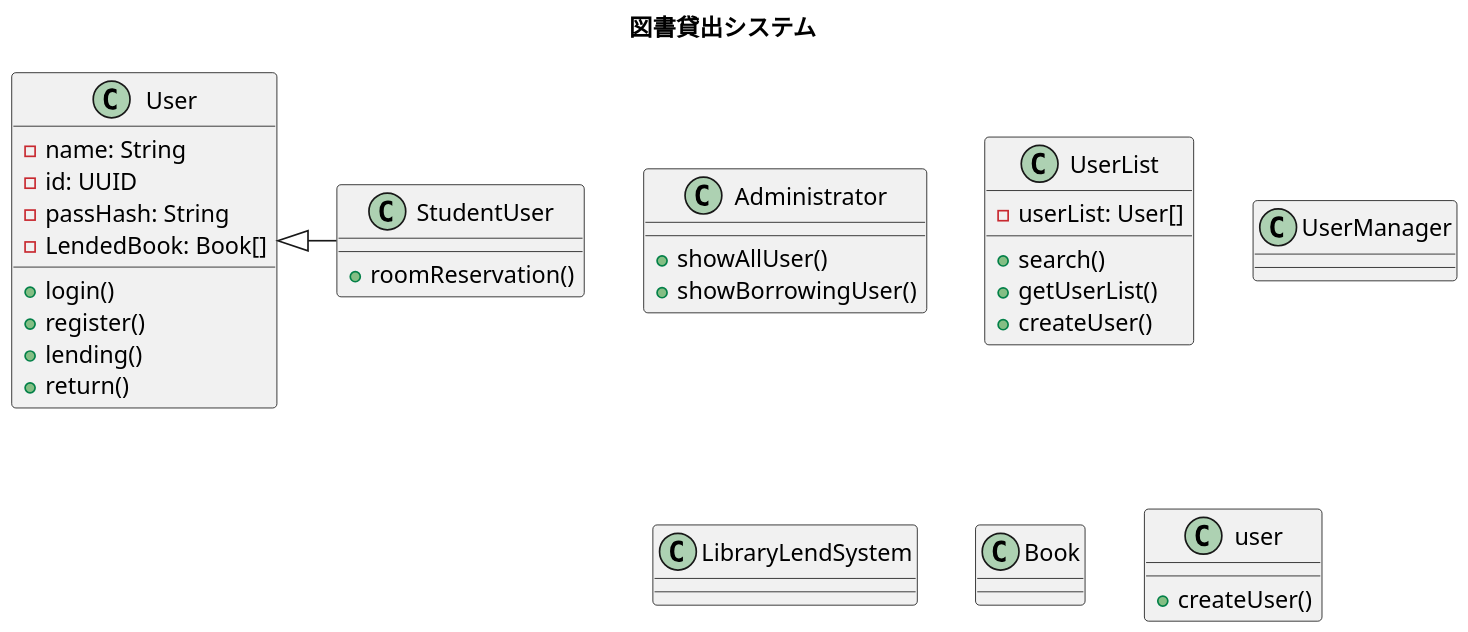
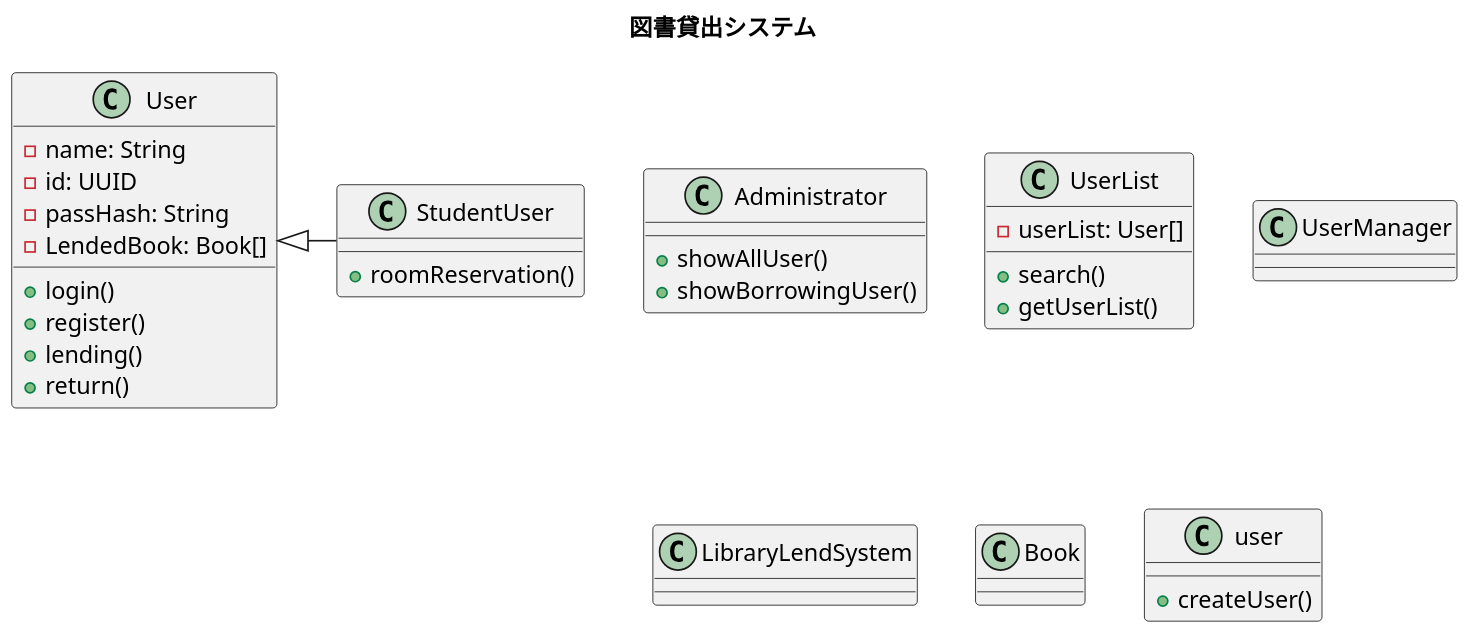
One commit to Romira915/AdvancedSoftwareEngineering3-Task changed the diagram in class.pu. Above: the diagram before and after it, drawn with PlantUML.

Commit message:
fix: remove fn

```diff
--- a/class.pu
+++ b/class.pu
@@ -1,39 +1,38 @@
 @startuml 図書貸出システム
 
 title 図書貸出システム
 skinparam dpi 150
 
 class User
 class StudentUser
 class Administrator
 
 class UserList
 class UserManager
 class LibraryLendSystem
 class Book
 
 User <|- StudentUser
 
 User : -name: String
 User : -id: UUID
 User : -passHash: String
 User : -LendedBook: Book[]
 User : +login()
 User : +register()
 User : +lending()
 User : +return()
 user : +createUser()
 
 StudentUser : +roomReservation()
 
 Administrator : +showAllUser()
 Administrator : +showBorrowingUser()
 
 UserList : -userList: User[]
 UserList : +search()
 UserList : +getUserList()
-UserList : +createUser()
 
 
 
 @enduml
```
